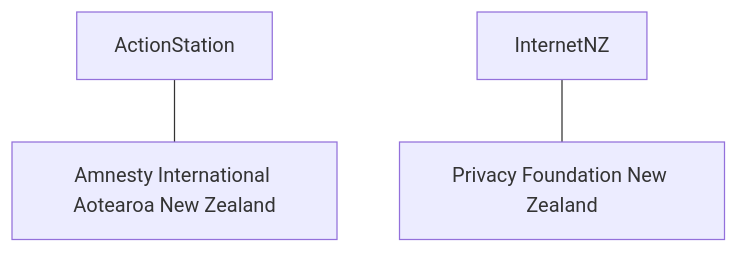
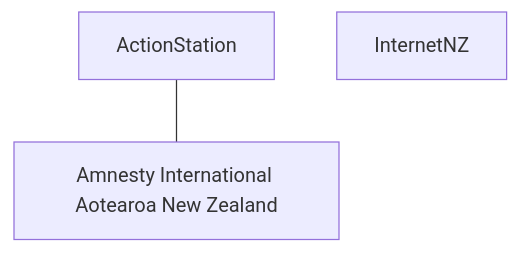
The third of 17 diagrams in GUIDE.md (olitreadwell/nz-tech-for-good), drawn with Mermaid before and after one commit. The commit also changed other lines of this file and 268 other files, not shown here.

````diff
--- a/GUIDE.md
+++ b/GUIDE.md
@@ -121,9 +110,7 @@
 ```mermaid
 flowchart TD
     n_ActionStation["ActionStation"]
     n_AmnestyInternationalAote["Amnesty International Aotearoa New Zealand"]
     n_InternetNZ["InternetNZ"]
-    n_PrivacyFoundationNewZeal["Privacy Foundation New Zealand"]
     n_ActionStation --- n_AmnestyInternationalAote
-    n_InternetNZ --- n_PrivacyFoundationNewZeal
 ```
````
